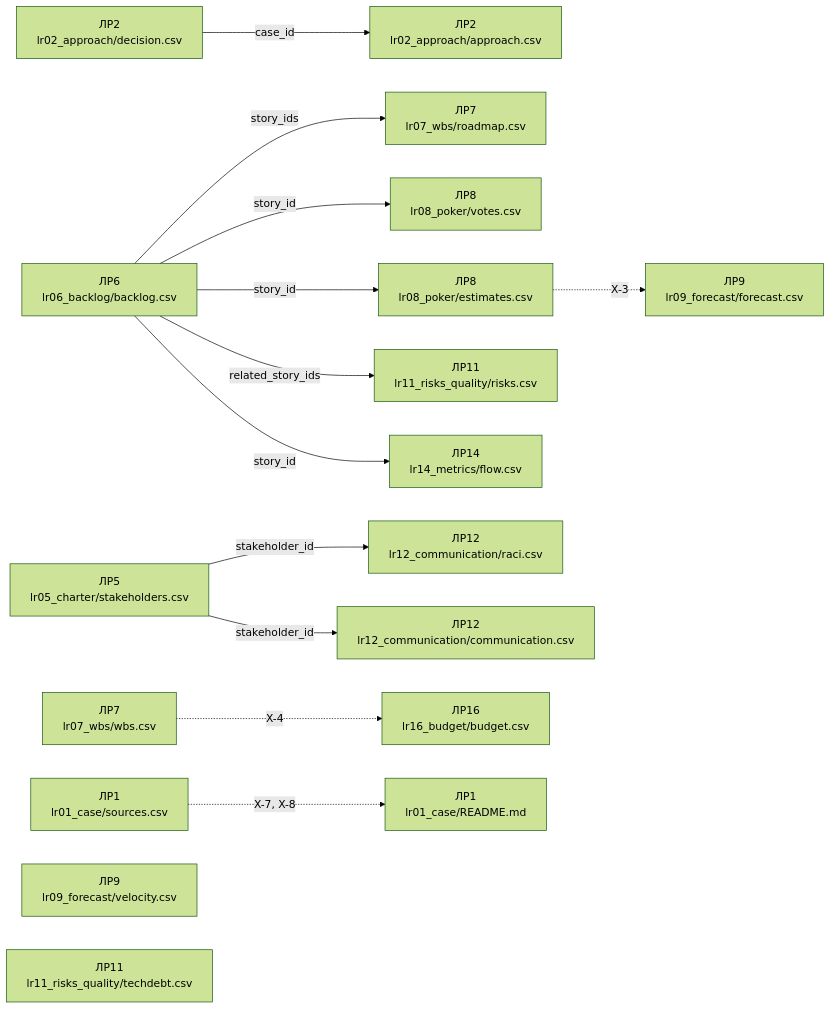
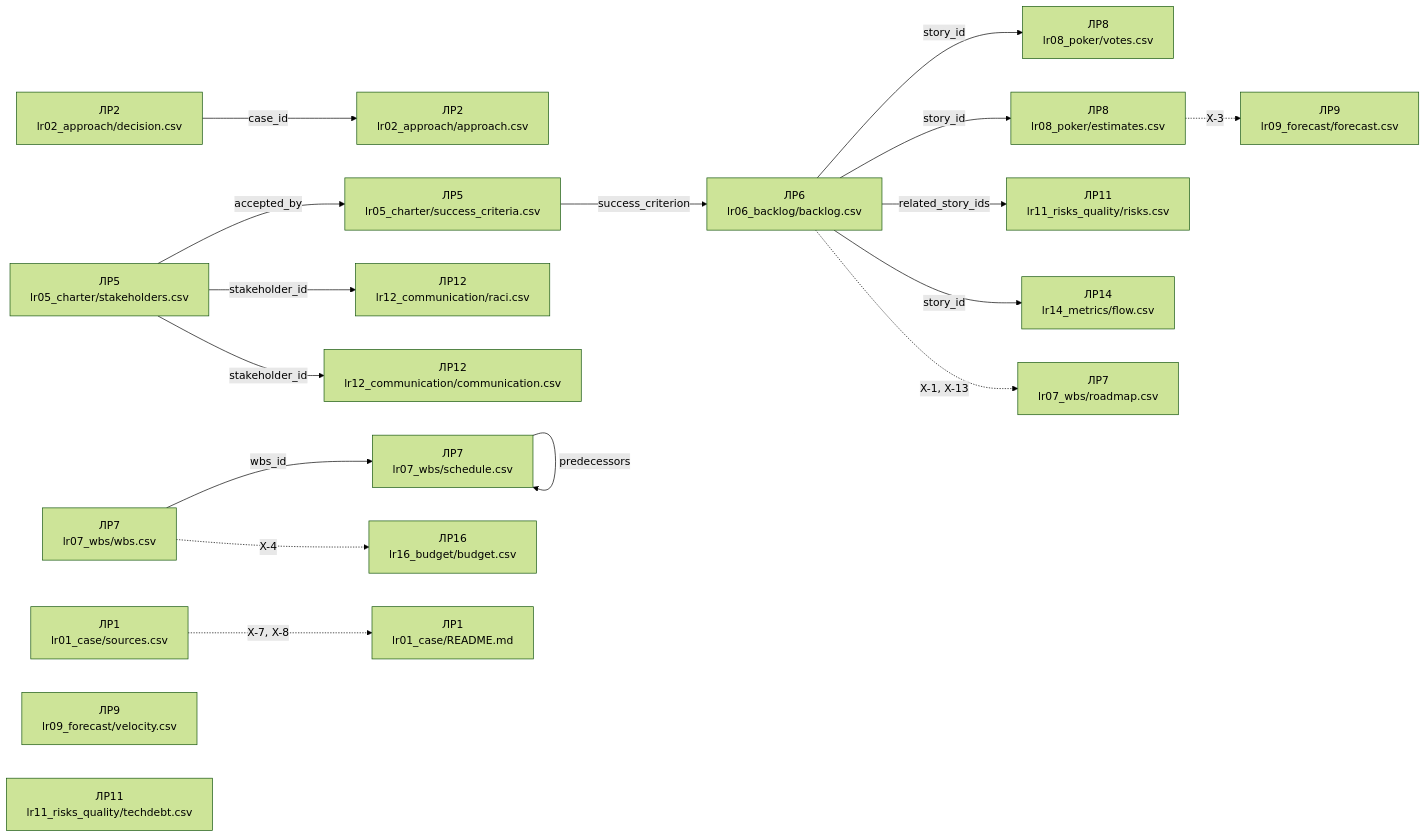
One commit to LyahovchukSergiy/pm-2026-template changed the diagram in tools/SCHEMAS.md. Above: the diagram before and after it, drawn with Mermaid (forest theme). The commit also changed other lines of this file and 15 other files, not shown here.

First line of the commit message:
Sync template with artifact schema v1.7.1

````diff
--- a/tools/SCHEMAS.md
+++ b/tools/SCHEMAS.md
@@ -82,32 +86,38 @@
 ```mermaid
 flowchart LR
   lr01_case_sources_csv["ЛР1<br/>lr01_case/sources.csv"]
   lr02_approach_approach_csv["ЛР2<br/>lr02_approach/approach.csv"]
   lr02_approach_decision_csv["ЛР2<br/>lr02_approach/decision.csv"]
   lr05_charter_stakeholders_csv["ЛР5<br/>lr05_charter/stakeholders.csv"]
+  lr05_charter_success_criteria_csv["ЛР5<br/>lr05_charter/success_criteria.csv"]
   lr06_backlog_backlog_csv["ЛР6<br/>lr06_backlog/backlog.csv"]
   lr07_wbs_wbs_csv["ЛР7<br/>lr07_wbs/wbs.csv"]
+  lr07_wbs_schedule_csv["ЛР7<br/>lr07_wbs/schedule.csv"]
   lr07_wbs_roadmap_csv["ЛР7<br/>lr07_wbs/roadmap.csv"]
   lr08_poker_votes_csv["ЛР8<br/>lr08_poker/votes.csv"]
   lr08_poker_estimates_csv["ЛР8<br/>lr08_poker/estimates.csv"]
   lr09_forecast_velocity_csv["ЛР9<br/>lr09_forecast/velocity.csv"]
   lr09_forecast_forecast_csv["ЛР9<br/>lr09_forecast/forecast.csv"]
   lr11_risks_quality_risks_csv["ЛР11<br/>lr11_risks_quality/risks.csv"]
   lr11_risks_quality_techdebt_csv["ЛР11<br/>lr11_risks_quality/techdebt.csv"]
   lr12_communication_raci_csv["ЛР12<br/>lr12_communication/raci.csv"]
   lr12_communication_communication_csv["ЛР12<br/>lr12_communication/communication.csv"]
   lr14_metrics_flow_csv["ЛР14<br/>lr14_metrics/flow.csv"]
   lr16_budget_budget_csv["ЛР16<br/>lr16_budget/budget.csv"]
   lr01_case_README_md["ЛР1<br/>lr01_case/README.md"]
   lr02_approach_decision_csv -->|case_id| lr02_approach_approach_csv
-  lr06_backlog_backlog_csv -->|story_ids| lr07_wbs_roadmap_csv
+  lr05_charter_stakeholders_csv -->|accepted_by| lr05_charter_success_criteria_csv
+  lr05_charter_success_criteria_csv -->|success_criterion| lr06_backlog_backlog_csv
+  lr07_wbs_wbs_csv -->|wbs_id| lr07_wbs_schedule_csv
+  lr07_wbs_schedule_csv -->|predecessors| lr07_wbs_schedule_csv
   lr06_backlog_backlog_csv -->|story_id| lr08_poker_votes_csv
   lr06_backlog_backlog_csv -->|story_id| lr08_poker_estimates_csv
   lr06_backlog_backlog_csv -->|related_story_ids| lr11_risks_quality_risks_csv
   lr05_charter_stakeholders_csv -->|stakeholder_id| lr12_communication_raci_csv
   lr05_charter_stakeholders_csv -->|stakeholder_id| lr12_communication_communication_csv
   lr06_backlog_backlog_csv -->|story_id| lr14_metrics_flow_csv
   lr01_case_sources_csv -.->|X-7, X-8| lr01_case_README_md
+  lr06_backlog_backlog_csv -.->|X-1, X-13| lr07_wbs_roadmap_csv
   lr07_wbs_wbs_csv -.->|X-4| lr16_budget_budget_csv
   lr08_poker_estimates_csv -.->|X-3| lr09_forecast_forecast_csv
 ```
````
